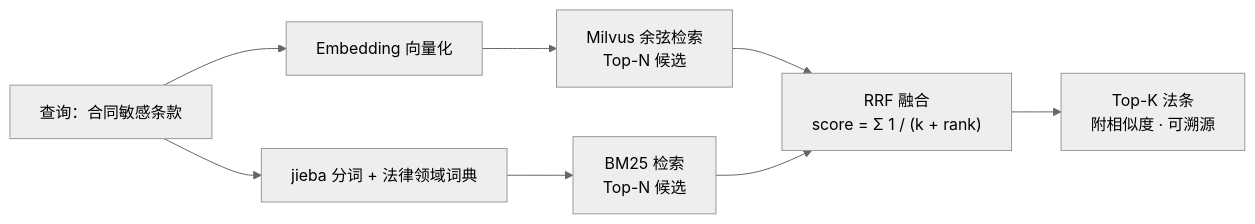
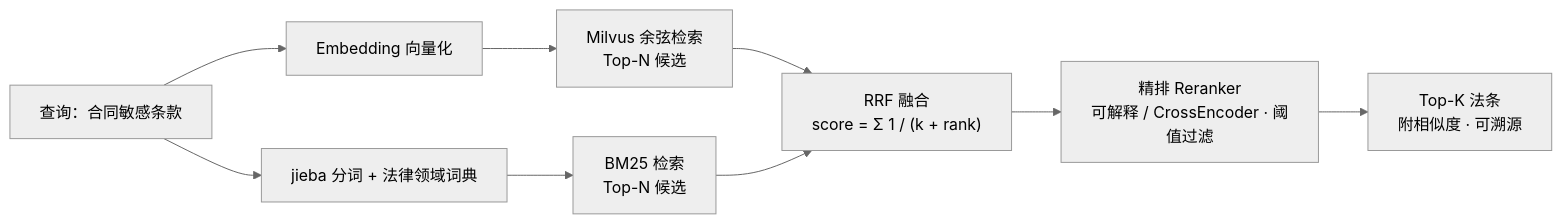
One commit to SFANBLOG/lumos changed the third of 3 diagrams in 简历_项目介绍.md. Above: the diagram before and after it, drawn with Mermaid (neutral theme). The commit also changed other lines of this file and 5 other files, not shown here.

````diff
--- a/简历_项目介绍.md
+++ b/简历_项目介绍.md
@@ -141,10 +143,11 @@
 ```mermaid
 flowchart LR
     Q["查询：合同敏感条款"] --> E["Embedding 向量化"]
     Q --> T["jieba 分词 + 法律领域词典"]
     E --> V["Milvus 余弦检索<br/>Top-N 候选"]
     T --> B["BM25 检索<br/>Top-N 候选"]
     V --> F["RRF 融合<br/>score = Σ 1 / (k + rank)"]
     B --> F
-    F --> O["Top-K 法条<br/>附相似度 · 可溯源"]
+    F --> RK["精排 Reranker<br/>可解释 / CrossEncoder · 阈值过滤"]
+    RK --> O["Top-K 法条<br/>附相似度 · 可溯源"]
 ```
````
